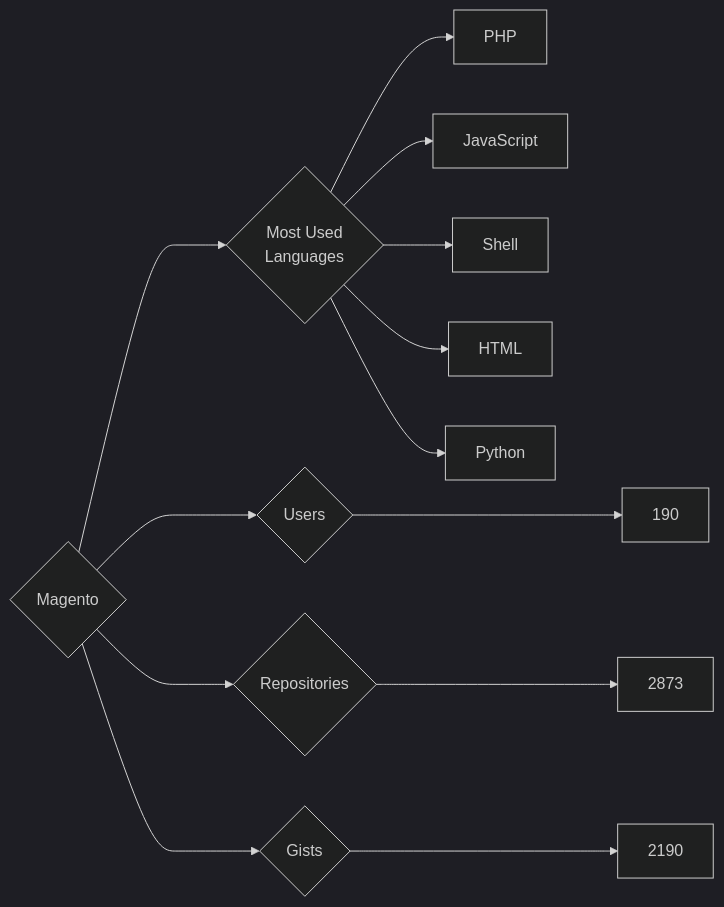
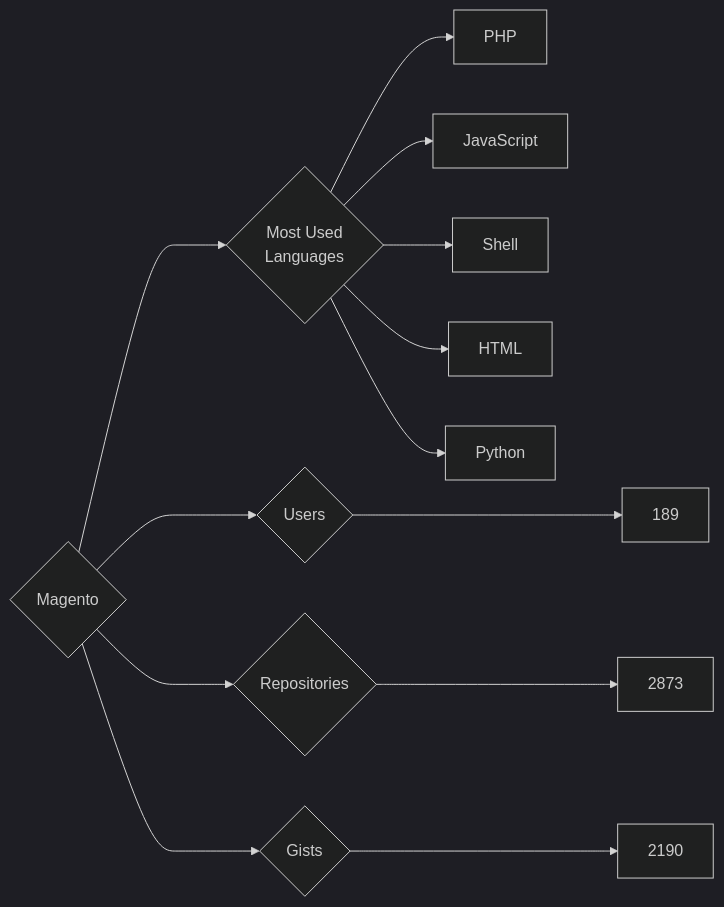
Before and after one commit to trickest/insiders: the diagram in targets/Magento/README.md, drawn with Mermaid (dark theme). The commit also changed 861 other files, not shown here.

````diff
--- a/targets/Magento/README.md
+++ b/targets/Magento/README.md
@@ -3,13 +3,13 @@
 ```mermaid
 graph LR
 COMPANY_NAME{Magento}
-COMPANY_NAME ---> U{Users} ---> UN[190]
+COMPANY_NAME ---> U{Users} ---> UN[189]
 COMPANY_NAME ---> R{Repositories} ---> RN[2873]
 COMPANY_NAME ---> G{Gists} ---> GN[2190]
 COMPANY_NAME ---> ML{Most Used<br>Languages}
 ML --> PHP[PHP]
 ML --> JavaScript[JavaScript]
 ML --> Shell[Shell]
 ML --> HTML[HTML]
 ML --> Python[Python]
 ```
````
